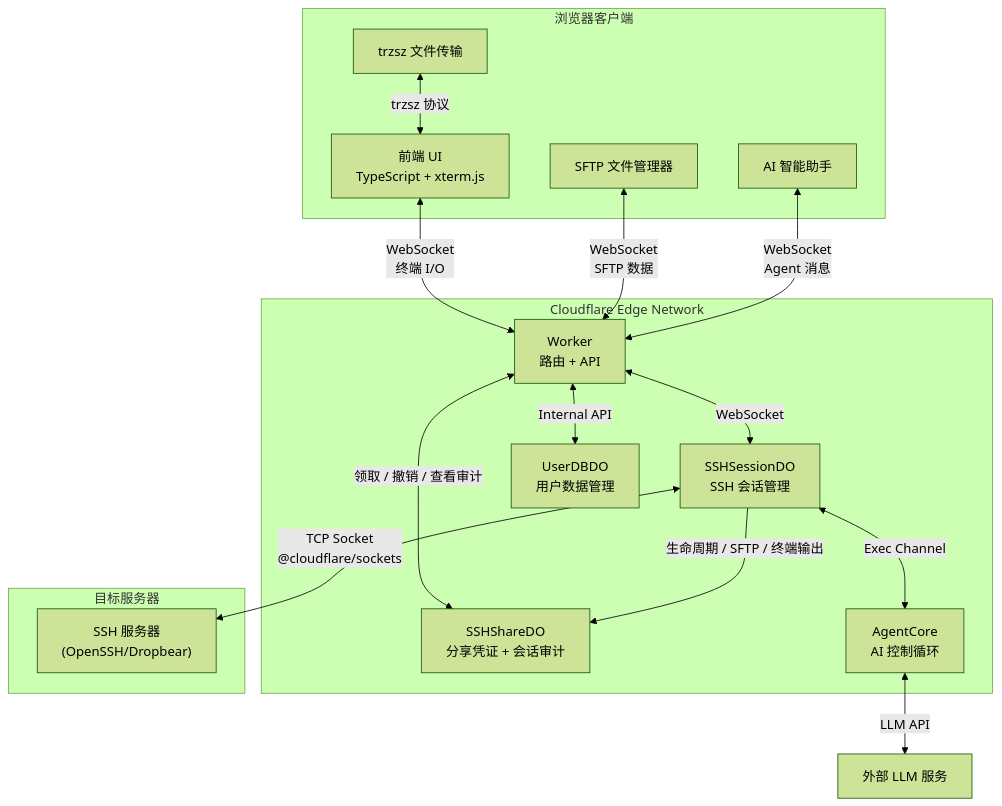
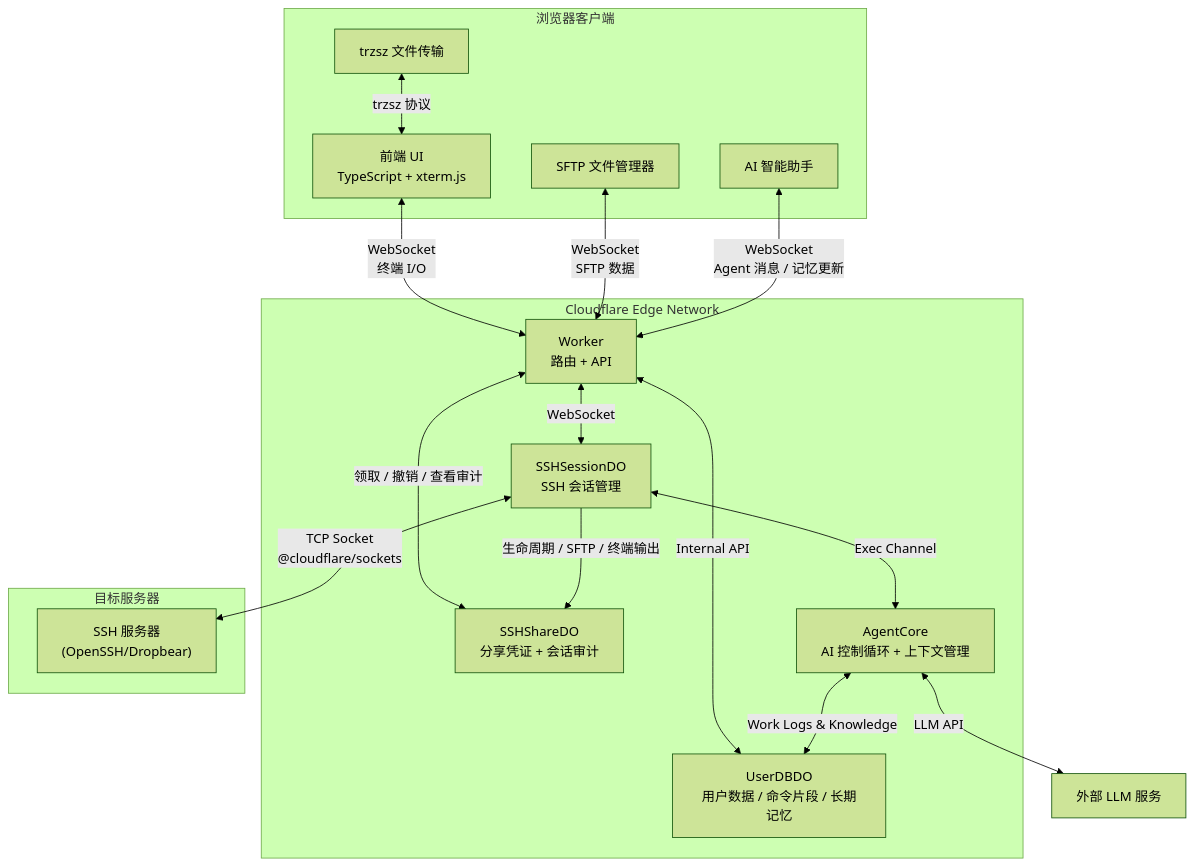
One commit to newbietan/CloudSSH changed the diagram in README.md. Above: the diagram before and after it, drawn with Mermaid (forest theme). The commit also changed other lines of this file and 11 other files, not shown here.

````diff
--- a/README.md
+++ b/README.md
@@ -120,33 +123,34 @@
 ```mermaid
 flowchart TB
     subgraph "浏览器客户端"
         UI["前端 UI<br/>TypeScript + xterm.js"]
         SFTP["SFTP 文件管理器"]
         Agent["AI 智能助手"]
         Trzsz["trzsz 文件传输"]
     end
 
     subgraph "Cloudflare Edge Network"
         Worker["Worker<br/>路由 + API"]
         SSH_DO["SSHSessionDO<br/>SSH 会话管理"]
-        User_DO["UserDBDO<br/>用户数据管理"]
+        User_DO["UserDBDO<br/>用户数据 / 命令片段 / 长期记忆"]
         Share_DO["SSHShareDO<br/>分享凭证 + 会话审计"]
-        AgentCore["AgentCore<br/>AI 控制循环"]
+        AgentCore["AgentCore<br/>AI 控制循环 + 上下文管理"]
     end
 
     subgraph "目标服务器"
         SSH["SSH 服务器<br/>(OpenSSH/Dropbear)"]
     end
 
     UI <-->|"WebSocket<br/>终端 I/O"| Worker
     SFTP <-->|"WebSocket<br/>SFTP 数据"| Worker
-    Agent <-->|"WebSocket<br/>Agent 消息"| Worker
+    Agent <-->|"WebSocket<br/>Agent 消息 / 记忆更新"| Worker
     Trzsz <-->|"trzsz 协议"| UI
     Worker <-->|"WebSocket"| SSH_DO
     Worker <-->|"Internal API"| User_DO
     Worker <-->|"领取 / 撤销 / 查看审计"| Share_DO
     SSH_DO -->|"生命周期 / SFTP / 终端输出"| Share_DO
     SSH_DO <-->|"TCP Socket<br/>@cloudflare/sockets"| SSH
     SSH_DO <-->|"Exec Channel"| AgentCore
+    AgentCore <-->|"Work Logs & Knowledge"| User_DO
     AgentCore <-->|"LLM API"| External["外部 LLM 服务"]
 ```
````
